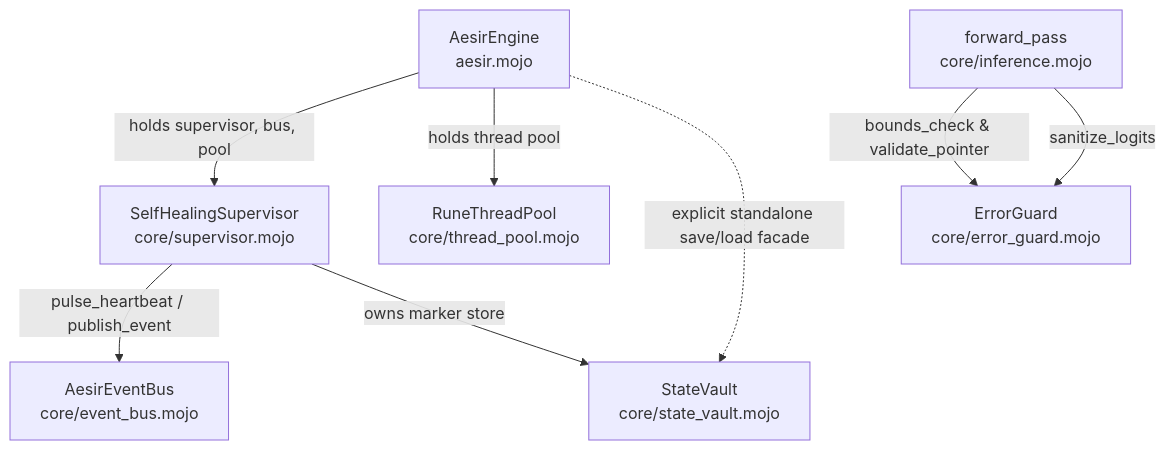
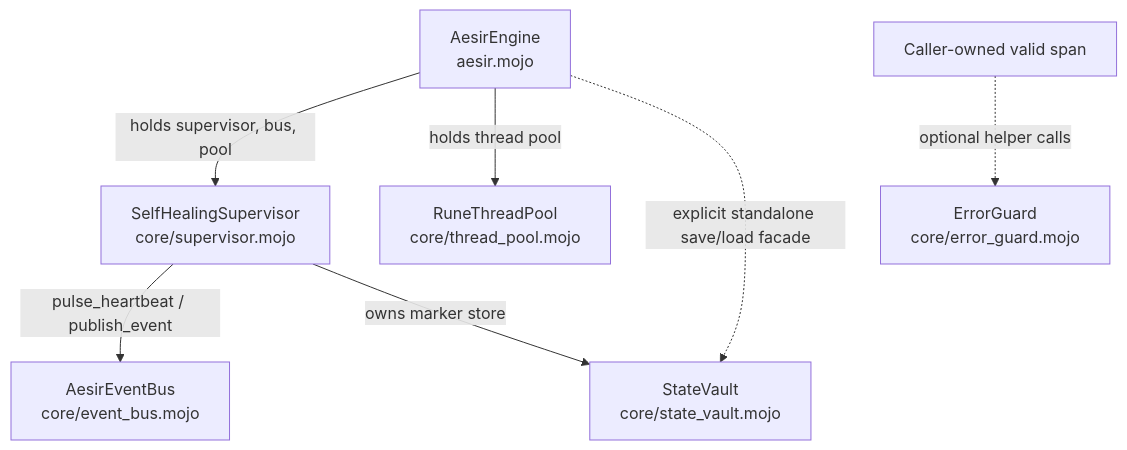
Before and after one commit to hrabanazviking/RuneForgeAI-Project-Aesir: the second of 4 diagrams in docs/DOMAIN_MAP.md, drawn with Mermaid. The commit also changed other lines of this file and 5 other files, not shown here.

````diff
--- a/docs/DOMAIN_MAP.md
+++ b/docs/DOMAIN_MAP.md
@@ -204,12 +204,11 @@
 ```mermaid
 graph TD
     Supervisor[SelfHealingSupervisor<br/>core/supervisor.mojo] -->|pulse_heartbeat / publish_event| Bus[AesirEventBus<br/>core/event_bus.mojo]
     Supervisor -->|owns marker store| Vault[StateVault<br/>core/state_vault.mojo]
     
     Engine[AesirEngine<br/>aesir.mojo] -->|holds supervisor, bus, pool| Supervisor
     Engine -->|holds thread pool| ThreadPool[RuneThreadPool<br/>core/thread_pool.mojo]
     
-    Inference[forward_pass<br/>core/inference.mojo] -->|bounds_check & validate_pointer| ErrorGuard[ErrorGuard<br/>core/error_guard.mojo]
-    Inference -->|sanitize_logits| ErrorGuard
+    ExplicitCaller[Caller-owned valid span] -.->|optional helper calls| ErrorGuard[ErrorGuard<br/>core/error_guard.mojo]
     Engine -.->|explicit standalone save/load facade| Vault
 ```
````
